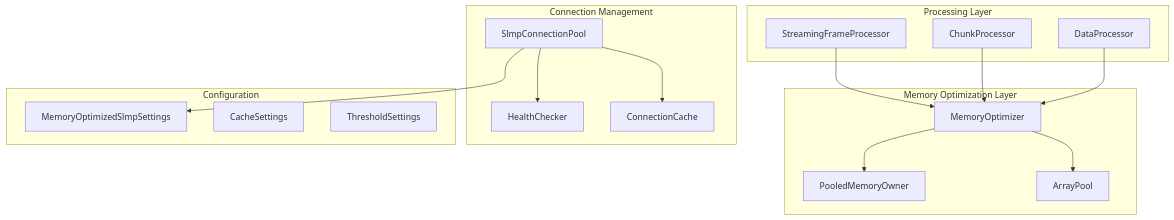
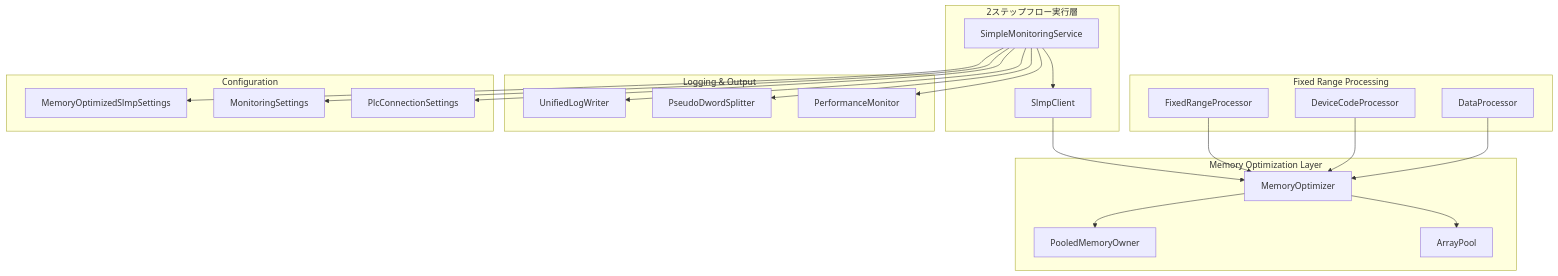
One commit to kkatappes/PLCDataCollector-C_Sharpver.- changed the diagram in documents/design/メモリ最適化/Memory_Optimization_Technical_Specifications.md. Above: the diagram before and after it, drawn with Mermaid. The commit also changed other lines of this file and 137 other files, not shown here.

````diff
--- a/documents/design/メモリ最適化/Memory_Optimization_Technical_Specifications.md
+++ b/documents/design/メモリ最適化/Memory_Optimization_Technical_Specifications.md
@@ -11,35 +15,45 @@
 ```mermaid
 graph TB
+    subgraph "2ステップフロー実行層"
+        SMS[SimpleMonitoringService]
+        SC[SlmpClient]
+    end
+
     subgraph "Memory Optimization Layer"
         MO[MemoryOptimizer]
         PMO[PooledMemoryOwner]
         AP[ArrayPool<byte>]
     end
-    
-    subgraph "Processing Layer"
-        SFP[StreamingFrameProcessor]
-        CP[ChunkProcessor]
+
+    subgraph "Fixed Range Processing"
+        FRP[FixedRangeProcessor]
+        DCP[DeviceCodeProcessor]
         DP[DataProcessor]
     end
-    
-    subgraph "Connection Management"
-        SCP[SlmpConnectionPool]
-        HC[HealthChecker]
-        CC[ConnectionCache]
+
+    subgraph "Logging & Output"
+        ULW[UnifiedLogWriter]
+        PDS[PseudoDwordSplitter]
+        PM[PerformanceMonitor]
     end
-    
+
     subgraph "Configuration"
         MOSS[MemoryOptimizedSlmpSettings]
-        CS[CacheSettings]
-        TS[ThresholdSettings]
+        MS[MonitoringSettings]
+        PCS[PlcConnectionSettings]
     end
-    
+
+    SMS --> SC
+    SMS --> ULW
+    SMS --> PDS
+    SMS --> PM
+    SC --> MO
+    FRP --> MO
+    DCP --> MO
+    DP --> MO
     MO --> PMO
     MO --> AP
-    SFP --> MO
-    CP --> MO
-    DP --> MO
-    SCP --> MOSS
-    SCP --> HC
-    SCP --> CC
+    SMS --> MOSS
+    SMS --> MS
+    SMS --> PCS
 ```
````
